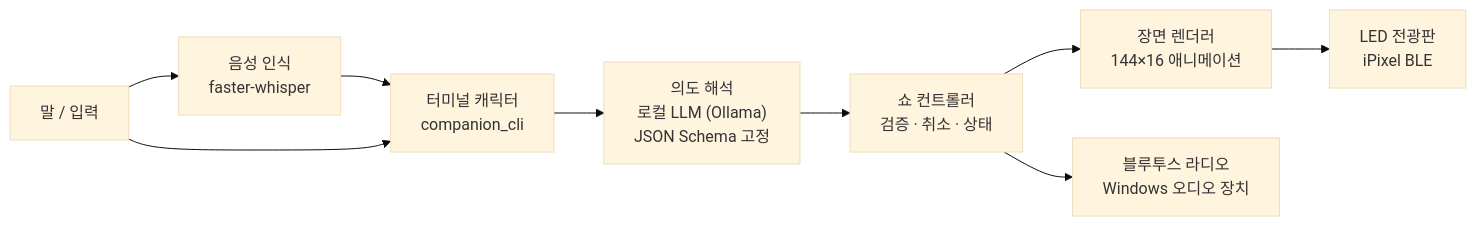
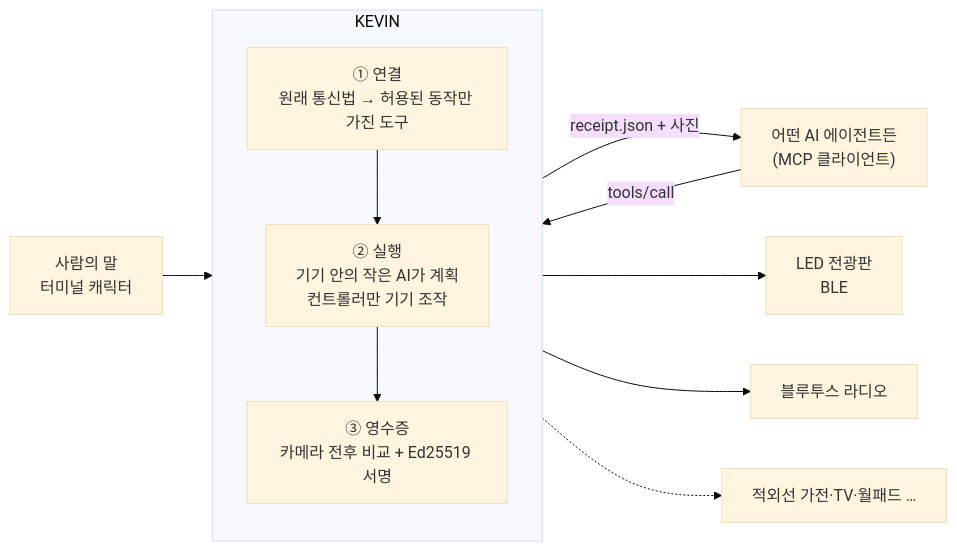
Before and after one commit to sergiobuilds/kevin: the diagram in README.md, drawn with Mermaid (base theme). The commit also changed other lines of this file and 6 other files, not shown here.

Commit message:
Reframe KEVIN as the device layer that turns any device into an AI tool; MCP and receipts in README

````diff
--- a/README.md
+++ b/README.md
@@ -60,11 +31,16 @@
 ```mermaid
 flowchart LR
-    U["말 / 입력"] --> ASR["음성 인식<br/>faster-whisper"]
-    ASR --> CLI["터미널 캐릭터<br/>companion_cli"]
-    U --> CLI
-    CLI --> PLAN["의도 해석<br/>로컬 LLM (Ollama)<br/>JSON Schema 고정"]
-    PLAN --> CTRL["쇼 컨트롤러<br/>검증 · 취소 · 상태"]
-    CTRL --> REN["장면 렌더러<br/>144×16 애니메이션"]
-    REN --> LED["LED 전광판<br/>iPixel BLE"]
-    CTRL --> RADIO["블루투스 라디오<br/>Windows 오디오 장치"]
+    A["어떤 AI 에이전트든<br/>(MCP 클라이언트)"] -->|tools/call| K
+    U["사람의 말<br/>터미널 캐릭터"] --> K
+    subgraph K["KEVIN"]
+        direction TB
+        C["① 연결<br/>원래 통신법 → 허용된 동작만 가진 도구"]
+        P["② 실행<br/>기기 안의 작은 AI가 계획<br/>컨트롤러만 기기 조작"]
+        R["③ 영수증<br/>카메라 전후 비교 + Ed25519 서명"]
+        C --> P --> R
+    end
+    K --> LED["LED 전광판<br/>BLE"]
+    K --> RAD["블루투스 라디오"]
+    K -.-> IR["적외선 가전·TV·월패드 …"]
+    R -->|"receipt.json + 사진"| A
 ```
````
